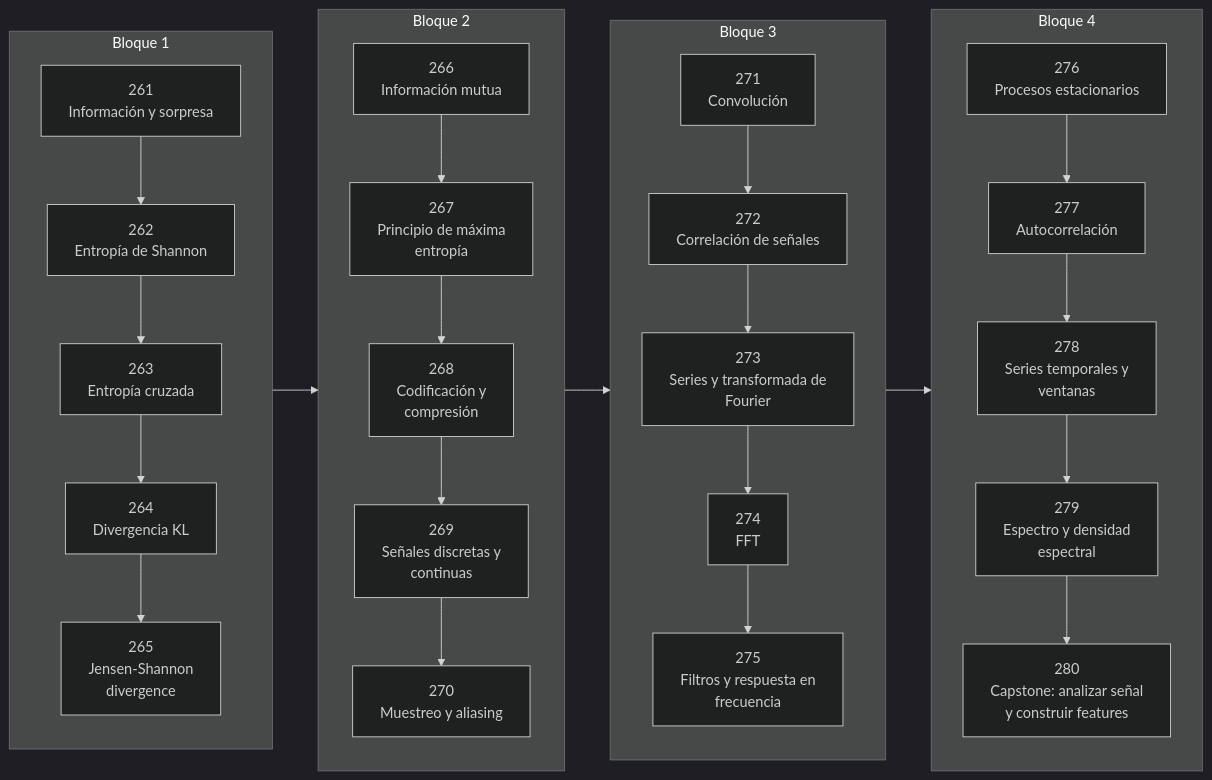
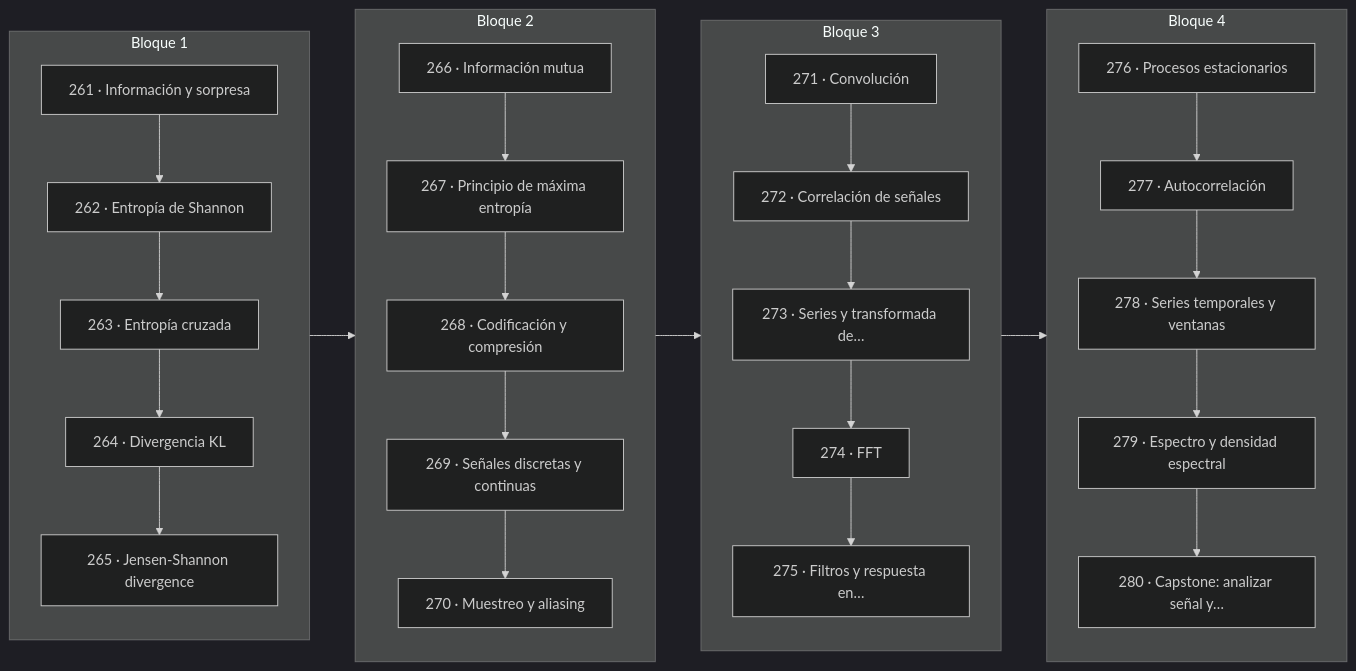
One commit to vladimiracunadev-create/computational-mathematics-program changed the diagram in classes/part-13-teoria-de-la-informacion-senales-y-series/README.md. Above: the diagram before and after it, drawn with Mermaid (dark theme). The commit also changed 389 other files, not shown here.

First line of the commit message:
fix(diagramas): elimina el HTML de las etiquetas Mermaid

````diff
--- a/classes/part-13-teoria-de-la-informacion-senales-y-series/README.md
+++ b/classes/part-13-teoria-de-la-informacion-senales-y-series/README.md
@@ -34,54 +34,54 @@
 ```mermaid
 flowchart LR
     subgraph B1["Bloque 1"]
         direction TB
-        L261["261<br/>Información y sorpresa"]
-        L262["262<br/>Entropía de Shannon"]
-        L263["263<br/>Entropía cruzada"]
-        L264["264<br/>Divergencia KL"]
-        L265["265<br/>Jensen-Shannon<br/>divergence"]
+        L261["261 · Información y sorpresa"]
+        L262["262 · Entropía de Shannon"]
+        L263["263 · Entropía cruzada"]
+        L264["264 · Divergencia KL"]
+        L265["265 · Jensen-Shannon divergence"]
         L261 --> L262
         L262 --> L263
         L263 --> L264
         L264 --> L265
     end
     subgraph B2["Bloque 2"]
         direction TB
-        L266["266<br/>Información mutua"]
-        L267["267<br/>Principio de máxima<br/>entropía"]
-        L268["268<br/>Codificación y<br/>compresión"]
-        L269["269<br/>Señales discretas y<br/>continuas"]
-        L270["270<br/>Muestreo y aliasing"]
+        L266["266 · Información mutua"]
+        L267["267 · Principio de máxima entropía"]
+        L268["268 · Codificación y compresión"]
+        L269["269 · Señales discretas y continuas"]
+        L270["270 · Muestreo y aliasing"]
         L266 --> L267
         L267 --> L268
         L268 --> L269
         L269 --> L270
     end
     subgraph B3["Bloque 3"]
         direction TB
-        L271["271<br/>Convolución"]
-        L272["272<br/>Correlación de señales"]
-        L273["273<br/>Series y transformada de<br/>Fourier"]
-        L274["274<br/>FFT"]
-        L275["275<br/>Filtros y respuesta en<br/>frecuencia"]
+        L271["271 · Convolución"]
+        L272["272 · Correlación de señales"]
+        L273["273 · Series y transformada de…"]
+        L274["274 · FFT"]
+        L275["275 · Filtros y respuesta en…"]
         L271 --> L272
         L272 --> L273
         L273 --> L274
         L274 --> L275
     end
     subgraph B4["Bloque 4"]
         direction TB
-        L276["276<br/>Procesos estacionarios"]
-        L277["277<br/>Autocorrelación"]
-        L278["278<br/>Series temporales y<br/>ventanas"]
-        L279["279<br/>Espectro y densidad<br/>espectral"]
-        L280["280<br/>Capstone: analizar señal<br/>y construir features"]
+        L276["276 · Procesos estacionarios"]
+        L277["277 · Autocorrelación"]
+        L278["278 · Series temporales y ventanas"]
+        L279["279 · Espectro y densidad espectral"]
+        L280["280 · Capstone: analizar señal y…"]
         L276 --> L277
         L277 --> L278
         L278 --> L279
         L279 --> L280
     end
     L265 --> L266
     L270 --> L271
     L275 --> L276
 ```
````
